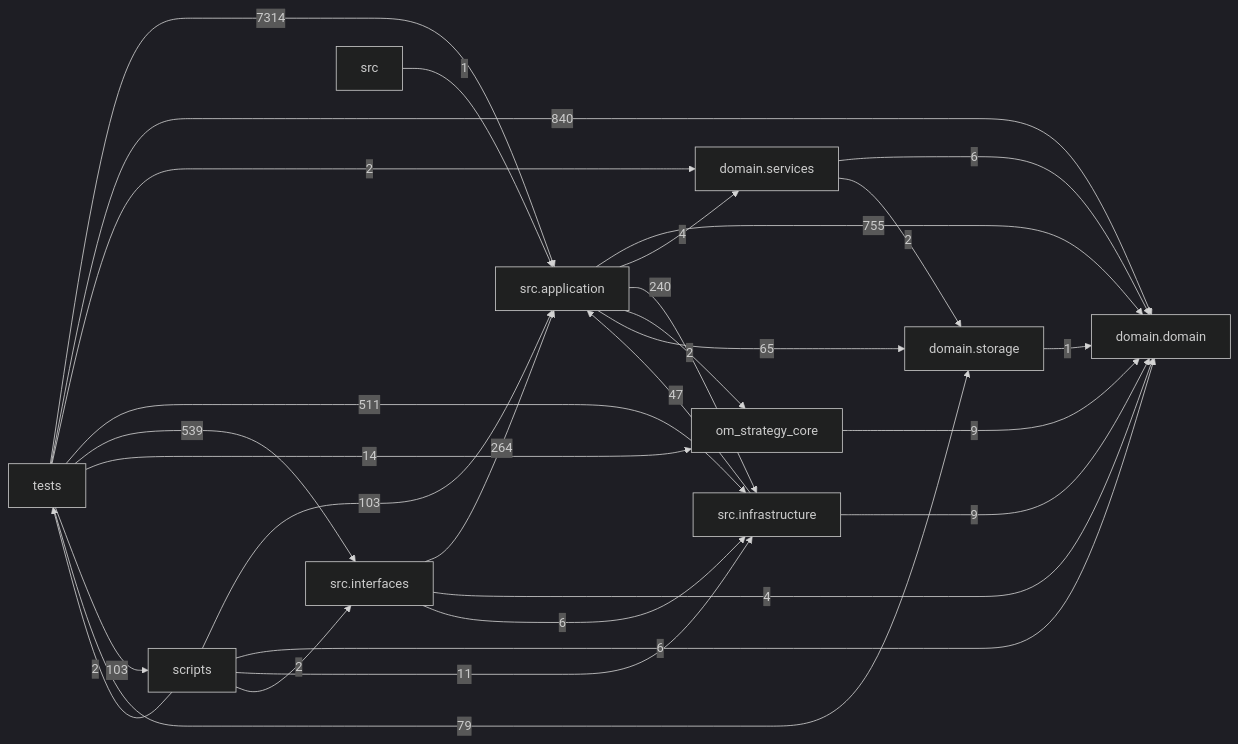
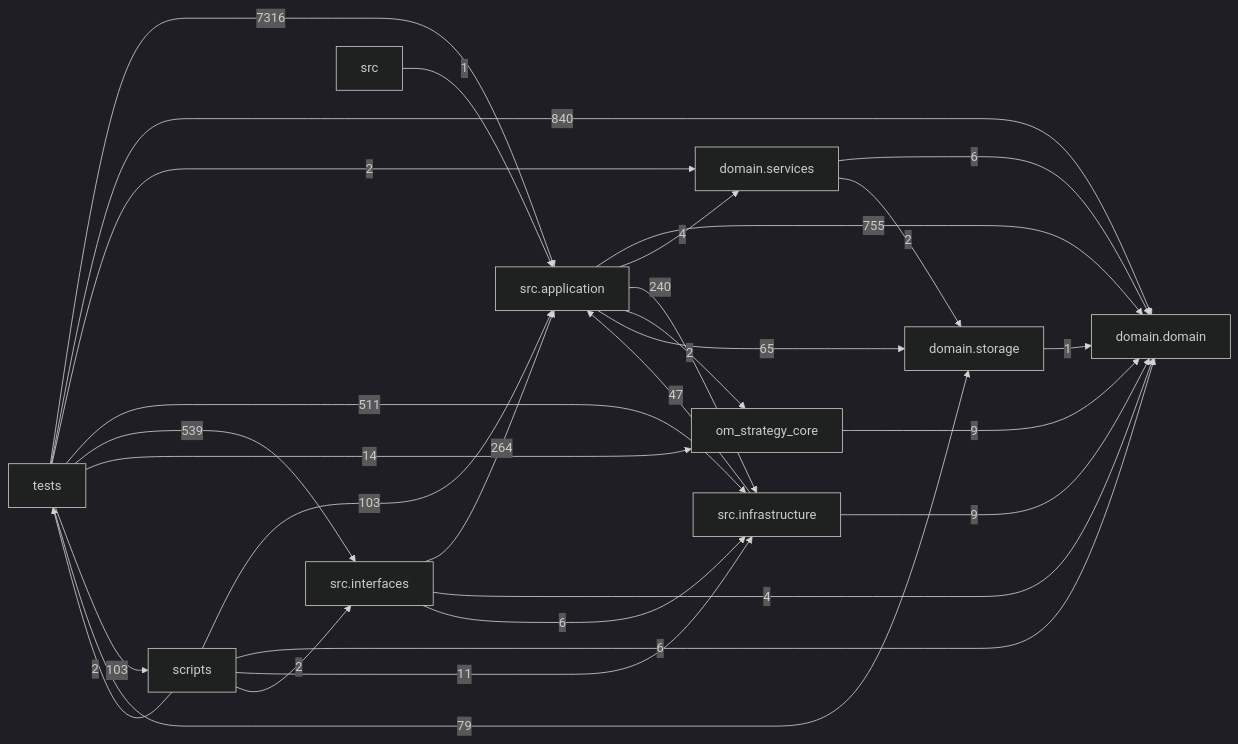
Before and after one commit to liuxie066/options-monitor: the diagram in docs/DEPENDENCY_GRAPH.md, drawn with Mermaid (dark theme). The commit also changed other lines of this file and 6 other files, not shown here.

````diff
--- a/docs/DEPENDENCY_GRAPH.md
+++ b/docs/DEPENDENCY_GRAPH.md
@@ -24,39 +24,39 @@
 ```mermaid
 flowchart LR
   tests["tests"]
   scripts["scripts"]
   interfaces["src.interfaces"]
   application["src.application"]
   infrastructure["src.infrastructure"]
   domain_services["domain.services"]
   domain["domain.domain"]
   storage["domain.storage"]
   application -->|755| domain
   application -->|4| domain_services
   application -->|240| infrastructure
   application -->|2| om_strategy_core
   application -->|65| storage
   domain_services -->|6| domain
   domain_services -->|2| storage
   infrastructure -->|47| application
   infrastructure -->|9| domain
   interfaces -->|264| application
   interfaces -->|4| domain
   interfaces -->|6| infrastructure
   om_strategy_core -->|9| domain
   scripts -->|103| application
   scripts -->|6| domain
   scripts -->|11| infrastructure
   scripts -->|2| interfaces
   scripts -->|2| tests
   src -->|1| application
   storage -->|1| domain
-  tests -->|7314| application
+  tests -->|7316| application
   tests -->|840| domain
   tests -->|2| domain_services
   tests -->|511| infrastructure
   tests -->|539| interfaces
   tests -->|14| om_strategy_core
   tests -->|103| scripts
   tests -->|79| storage
 ```
````
